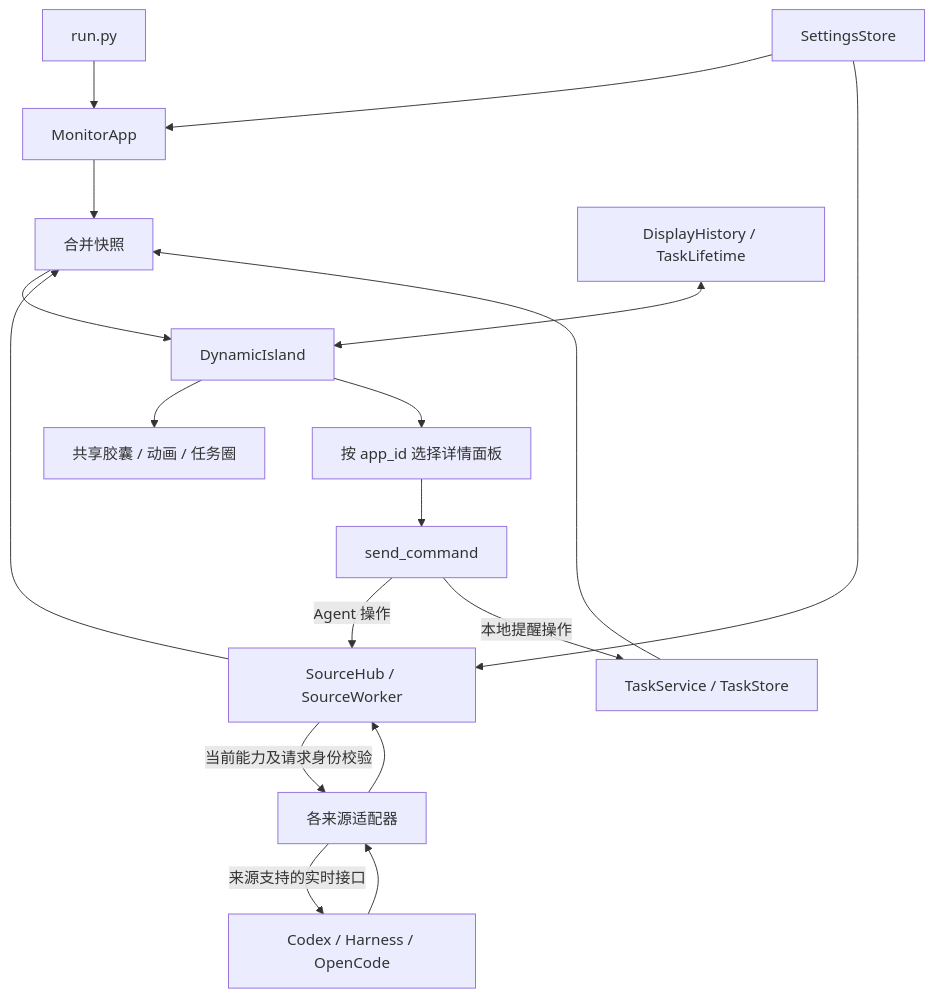
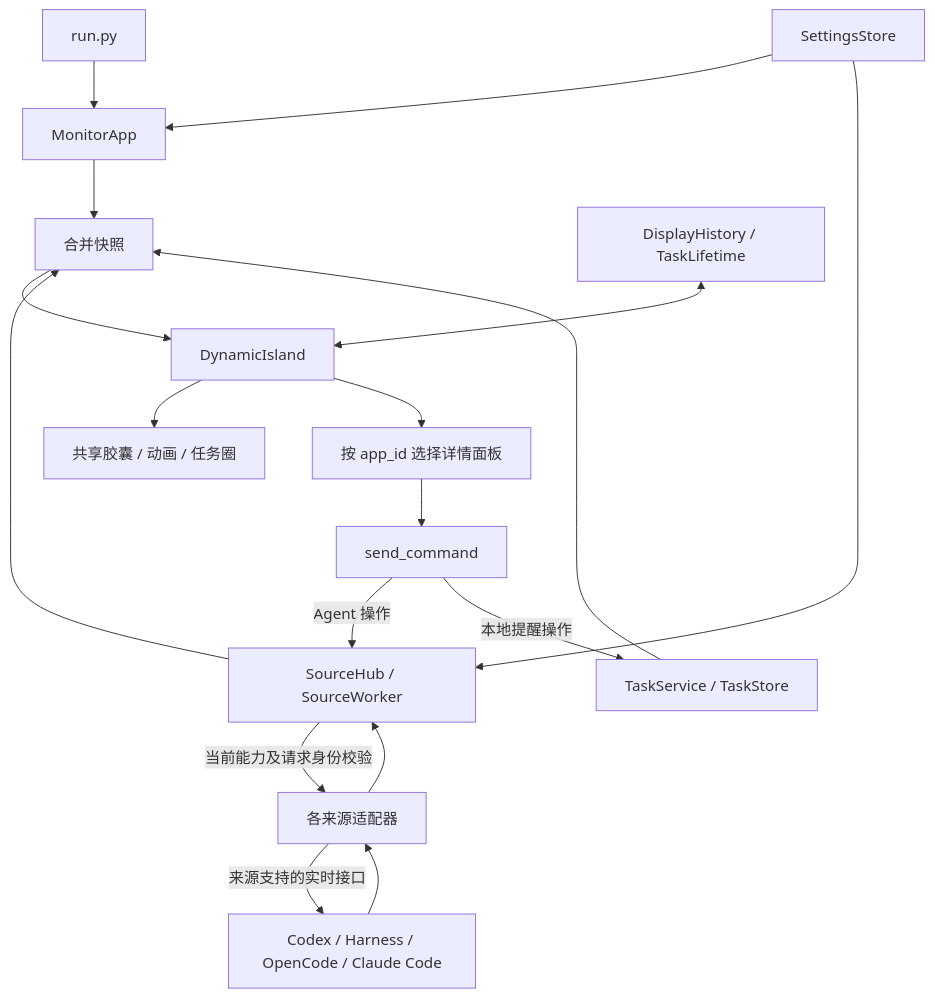
Before and after one commit to TYueMing/BrightMoon-Monitor-V1: the diagram in docs/SOURCE_GUIDE.md, drawn with Mermaid. The commit also changed other lines of this file and 119 other files, not shown here.

First line of the commit message:
Add Claude Code monitoring and desktop collaboration

````diff
--- a/docs/SOURCE_GUIDE.md
+++ b/docs/SOURCE_GUIDE.md
@@ -42,20 +46,20 @@
 ```mermaid
 flowchart TD
     Entry[run.py] --> App[MonitorApp]
     Config[SettingsStore] --> App
     Config --> Hub[SourceHub / SourceWorker]
-    Sources[Codex / Harness / OpenCode] --> Adapters[各来源适配器]
+    Sources[Codex / Harness / OpenCode / Claude Code] --> Adapters[各来源适配器]
     Adapters --> Hub
     Hub --> Snapshot[合并快照]
     Tasks[TaskService / TaskStore] --> Snapshot
     App --> Snapshot
     Snapshot --> Island[DynamicIsland]
     History[DisplayHistory / TaskLifetime] <--> Island
     Island --> Common[共享胶囊 / 动画 / 任务圈]
     Island --> Panels[按 app_id 选择详情面板]
     Panels --> Command[send_command]
     Command -->|Agent 操作| Hub
     Hub -->|当前能力及请求身份校验| Adapters
     Adapters -->|来源支持的实时接口| Sources
     Command -->|本地提醒操作| Tasks
 ```
````
